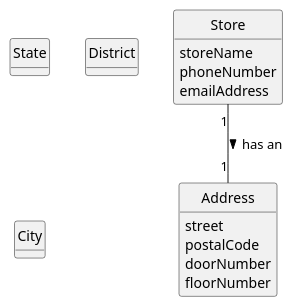
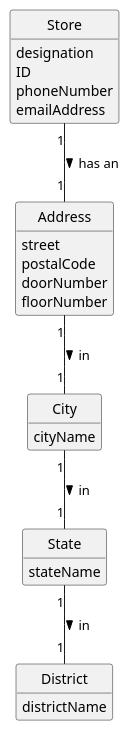
Before and after one commit to 1220812/LAPR2: the diagram in docs/sprintB/us005/02.analysis/puml/us005-domain-model.puml, drawn with PlantUML. The commit also changed other lines of this file and 2 other files, not shown here.

Commit message:
In Sprint B, completed domain model and pasted it in the read me. Still in Sprint B, completed the system sequence diagram alternative one.

```diff
--- a/docs/sprintB/us005/02.analysis/puml/us005-domain-model.puml
+++ b/docs/sprintB/us005/02.analysis/puml/us005-domain-model.puml
@@ -1,38 +1,44 @@
 @startuml
 skinparam monochrome true
 skinparam packageStyle rectangle
 skinparam shadowing false
 
 'left to right direction
 
 skinparam classAttributeIconSize 0
 
 hide circle
 hide methods
 
 class Store {
-    storeName
+    designation
+    ID
     phoneNumber
     emailAddress
+}
+
+class State {
+    stateName
+}
+
+class District {
+    districtName
+}
+
+class City {
+    cityName
 }
 
 class Address {
     street
     postalCode
     doorNumber
     floorNumber
 }
 
-class State {
-}
-
-class District {
-}
-
-class City {
-}
-
-
+Address "1" -- "1" City : in >
+City "1" -- "1" State : in >
+State "1" -- "1" District : in >
 Store "1" -- "1" Address : has an >
 
 @enduml
```
